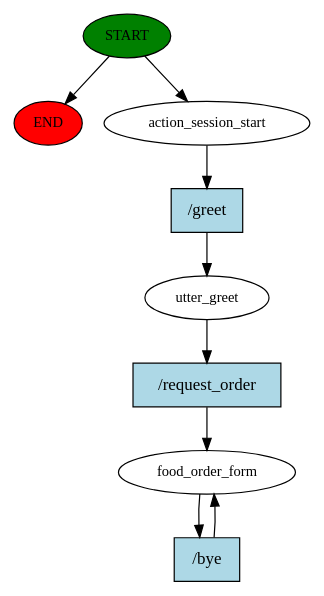
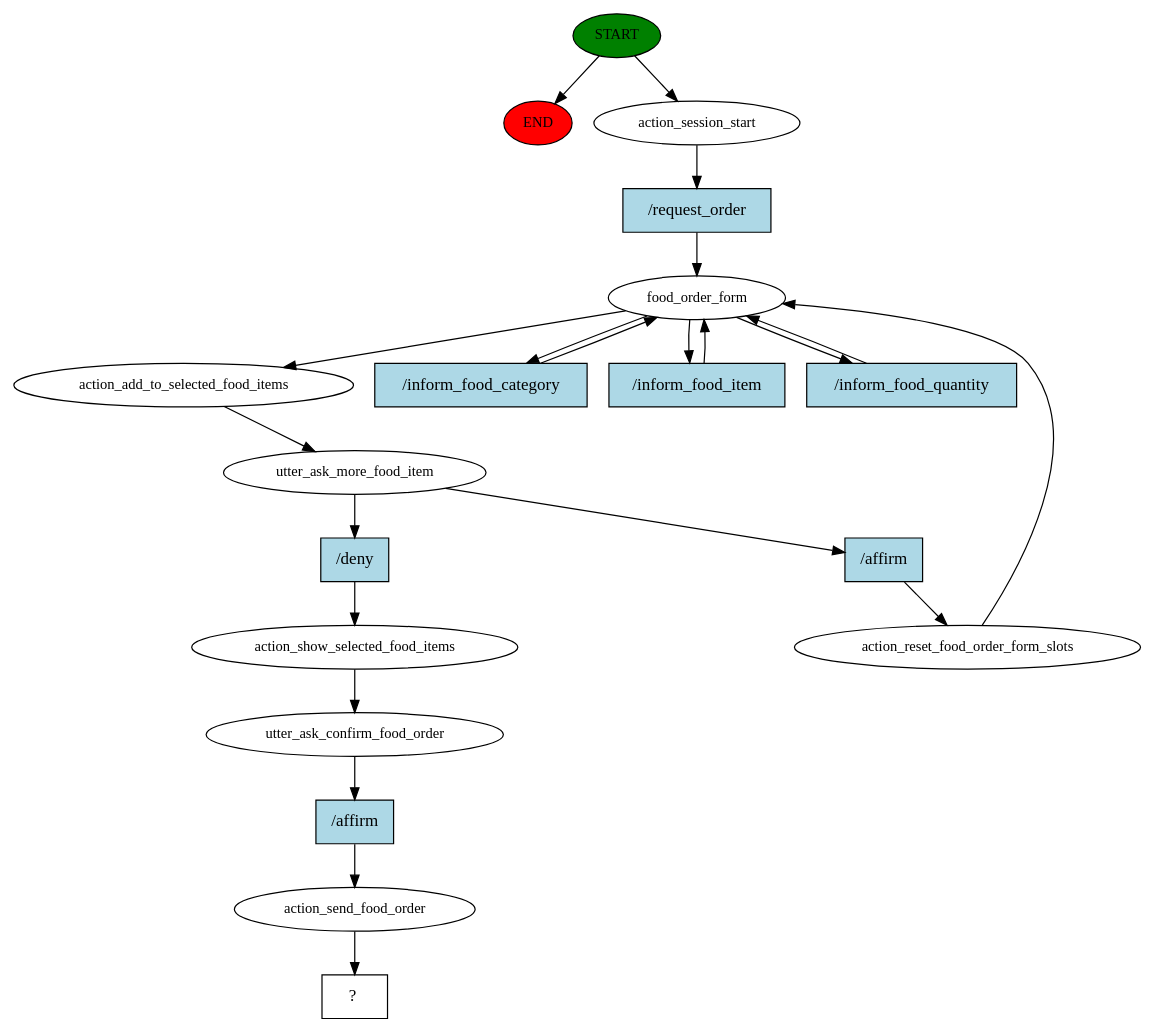
Before and after one commit to christo070/Gus: the diagram in story_graph.dot, drawn with Graphviz. The commit also changed 11 other files, not shown here.

Commit message:
bug fix in selecting more food item

```diff
--- a/story_graph.dot
+++ b/story_graph.dot
@@ -1,18 +1,41 @@
 digraph  {
 0 [class="start active", fillcolor=green, fontsize=12, label=START, style=filled];
 "-1" [class=end, fillcolor=red, fontsize=12, label=END, style=filled];
 1 [class=active, fontsize=12, label=action_session_start];
-2 [class=active, fontsize=12, label=utter_greet];
-3 [class="active dashed", fontsize=12, label=food_order_form];
-5 [class="intent active", fillcolor=lightblue, label="/greet", shape=rect, style=filled];
-6 [class="intent active", fillcolor=lightblue, label="/request_order", shape=rect, style=filled];
-7 [class="intent active", fillcolor=lightblue, label="/bye", shape=rect, style=filled];
+2 [class=active, fontsize=12, label=food_order_form];
+6 [class=active, fontsize=12, label=action_add_to_selected_food_items];
+7 [class=active, fontsize=12, label=utter_ask_more_food_item];
+8 [class=active, fontsize=12, label=action_reset_food_order_form_slots];
+15 [class=active, fontsize=12, label=action_show_selected_food_items];
+16 [class=active, fontsize=12, label=utter_ask_confirm_food_order];
+17 [class=active, fontsize=12, label=action_send_food_order];
+18 [class="intent dashed active", label="  ?  ", shape=rect];
+19 [class="intent active", fillcolor=lightblue, label="/request_order", shape=rect, style=filled];
+20 [class="intent active", fillcolor=lightblue, label="/inform_food_category", shape=rect, style=filled];
+21 [class="intent active", fillcolor=lightblue, label="/inform_food_item", shape=rect, style=filled];
+22 [class="intent active", fillcolor=lightblue, label="/inform_food_quantity", shape=rect, style=filled];
+23 [class="intent active", fillcolor=lightblue, label="/affirm", shape=rect, style=filled];
+24 [class="intent active", fillcolor=lightblue, label="/deny", shape=rect, style=filled];
+25 [class="intent active", fillcolor=lightblue, label="/affirm", shape=rect, style=filled];
 0 -> "-1"  [class="", key=NONE, label=""];
 0 -> 1  [class=active, key=NONE, label=""];
-1 -> 5  [class=active, key=0];
-2 -> 6  [class=active, key=0];
-3 -> 7  [class=active, key=0];
-5 -> 2  [class=active, key=0];
-6 -> 3  [class=active, key=0];
-7 -> 3  [class=active, key=0];
+1 -> 19  [class=active, key=0];
+2 -> 6  [class=active, key=NONE, label=""];
+2 -> 20  [class=active, key=0];
+2 -> 21  [class=active, key=0];
+2 -> 22  [class=active, key=0];
+6 -> 7  [class=active, key=NONE, label=""];
+7 -> 23  [class=active, key=0];
+7 -> 24  [class=active, key=0];
+8 -> 2  [class=active, key=NONE, label=""];
+15 -> 16  [class=active, key=NONE, label=""];
+16 -> 25  [class=active, key=0];
+17 -> 18  [class=active, key=NONE, label=""];
+19 -> 2  [class=active, key=0];
+20 -> 2  [class=active, key=0];
+21 -> 2  [class=active, key=0];
+22 -> 2  [class=active, key=0];
+23 -> 8  [class=active, key=0];
+24 -> 15  [class=active, key=0];
+25 -> 17  [class=active, key=0];
 }
```
